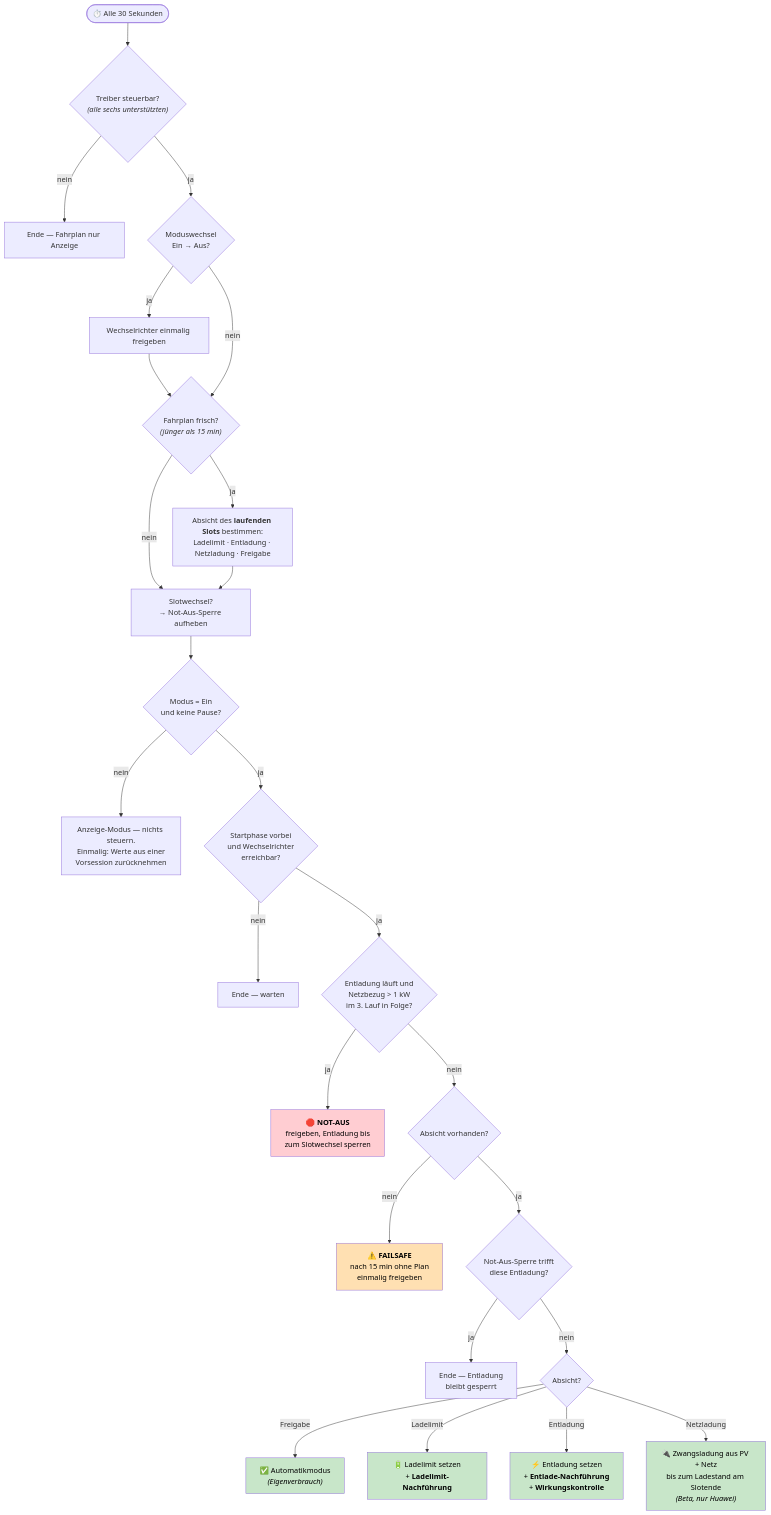
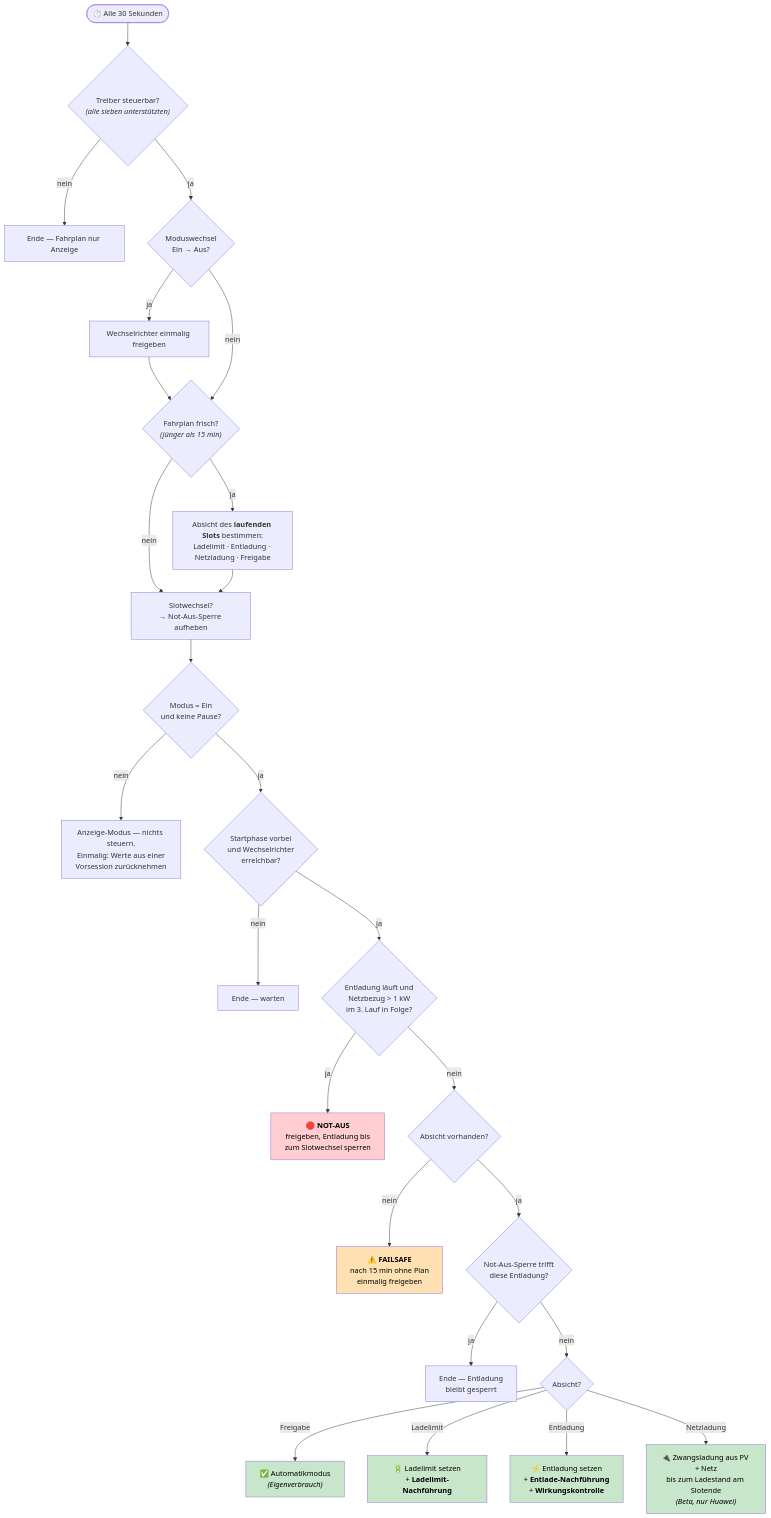
One commit to RobertHell82/EEGEnergyOptimizer2 changed the second of 2 diagrams in docs/steuerung.md. Above: the diagram before and after it, drawn with Mermaid. The commit also changed other lines of this file and 27 other files, not shown here.

````diff
--- a/docs/steuerung.md
+++ b/docs/steuerung.md
@@ -65,33 +65,33 @@
 ```mermaid
 flowchart TD
-    START(["⏱️ Alle 30 Sekunden"]) --> SUP{"Treiber steuerbar?<br/><i>(alle sechs unterstützten)</i>"}
+    START(["⏱️ Alle 30 Sekunden"]) --> SUP{"Treiber steuerbar?<br/><i>(alle sieben unterstützten)</i>"}
     SUP -- "nein" --> E1["Ende — Fahrplan nur Anzeige"]
     SUP -- "ja" --> WECHSEL{"Moduswechsel<br/>Ein → Aus?"}
     WECHSEL -- "ja" --> REL["Wechselrichter einmalig freigeben"] --> FRISCH
     WECHSEL -- "nein" --> FRISCH{"Fahrplan frisch?<br/><i>(jünger als 15 min)</i>"}
     FRISCH -- "ja" --> ABSICHT["Absicht des <b>laufenden Slots</b> bestimmen:<br/>Ladelimit · Entladung · Netzladung · Freigabe"]
     FRISCH -- "nein" --> SLOT
     ABSICHT --> SLOT["Slotwechsel?<br/>→ Not-Aus-Sperre aufheben"]
     SLOT --> MODUS{"Modus = Ein<br/>und keine Pause?"}
     MODUS -- "nein" --> E2["Anzeige-Modus — nichts steuern.<br/>Einmalig: Werte aus einer<br/>Vorsession zurücknehmen"]
     MODUS -- "ja" --> BEREIT{"Startphase vorbei<br/>und Wechselrichter<br/>erreichbar?"}
     BEREIT -- "nein" --> E3["Ende — warten"]
     BEREIT -- "ja" --> NOTAUS{"Entladung läuft und<br/>Netzbezug &gt; 1 kW<br/>im 3. Lauf in Folge?"}
     NOTAUS -- "ja" --> NA["🛑 <b>NOT-AUS</b><br/>freigeben, Entladung bis<br/>zum Slotwechsel sperren"]
     NOTAUS -- "nein" --> PLAN{"Absicht vorhanden?"}
     PLAN -- "nein" --> FS["⚠️ <b>FAILSAFE</b><br/>nach 15 min ohne Plan<br/>einmalig freigeben"]
     PLAN -- "ja" --> SPERRE{"Not-Aus-Sperre trifft<br/>diese Entladung?"}
     SPERRE -- "ja" --> E4["Ende — Entladung<br/>bleibt gesperrt"]
     SPERRE -- "nein" --> AKTION{"Absicht?"}
     AKTION -- "Freigabe" --> AF["✅ Automatikmodus<br/><i>(Eigenverbrauch)</i>"]
     AKTION -- "Ladelimit" --> AL["🔋 Ladelimit setzen<br/>+ <b>Ladelimit-Nachführung</b>"]
     AKTION -- "Entladung" --> AE["⚡ Entladung setzen<br/>+ <b>Entlade-Nachführung</b><br/>+ <b>Wirkungskontrolle</b>"]
     AKTION -- "Netzladung" --> AN["🔌 Zwangsladung aus PV + Netz<br/>bis zum Ladestand am Slotende<br/><i>(Beta, nur Huawei)</i>"]
 
     style NA fill:#ffcdd2,color:#000
     style FS fill:#ffe0b2,color:#000
     style AF fill:#c8e6c9,color:#000
     style AL fill:#c8e6c9,color:#000
     style AE fill:#c8e6c9,color:#000
     style AN fill:#c8e6c9,color:#000
 ```
````
